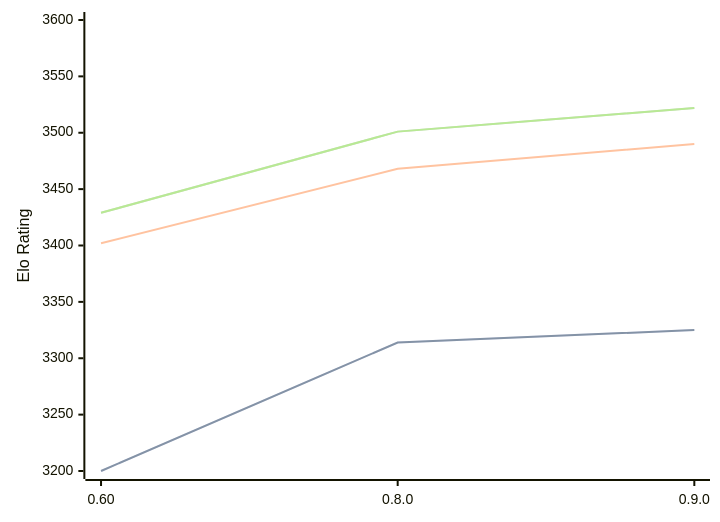
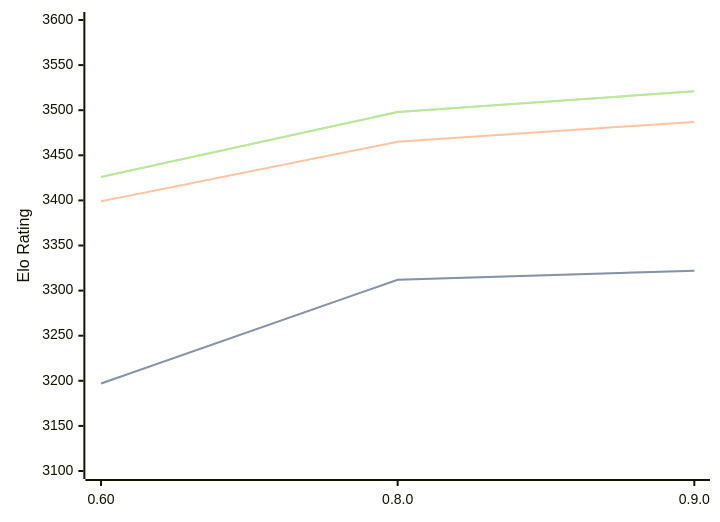
Before and after one commit to computer-chess-index/cci: the diagram in engines/Motor.md, drawn with Mermaid. The commit also changed other lines of this file, not shown here.

Commit message:
Update CCI Ratings (ELO VLTC) - 2026-08-12

````diff
--- a/engines/Motor.md
+++ b/engines/Motor.md
@@ -33,11 +33,11 @@
 ```mermaid
 %%{init: {"theme":"base","themeVariables":{"seriesColors:['#a3a3a3','#222221','#faa371']}}}%%
 xychart-beta
   x-axis ["0.60", "0.8.0", "0.9.0"]
-  y-axis "Elo Rating" 3200 --> 3600
-  line "STC (8.0+0.08s)" [3200, 3314, 3325]
-  line "STC (8.0+0.08s)" [3200, 3314, 3325]
-  line "LTC (60.0+0.60s)" [3402, 3468, 3490]
-  line "VLTC (2m24s+1.12s)" [3429, 3501, 3522]
-  line "VLTC (2m24s+1.12s)" [3429, 3501, 3522]
+  y-axis "Elo Rating" 3100 --> 3600
+  line "STC (8.0+0.08s)" [3197, 3312, 3322]
+  line "STC (8.0+0.08s)" [3197, 3312, 3322]
+  line "LTC (60.0+0.60s)" [3399, 3465, 3487]
+  line "VLTC (2m24s+1.12s)" [3426, 3498, 3521]
+  line "VLTC (2m24s+1.12s)" [3426, 3498, 3521]
 ```
````
